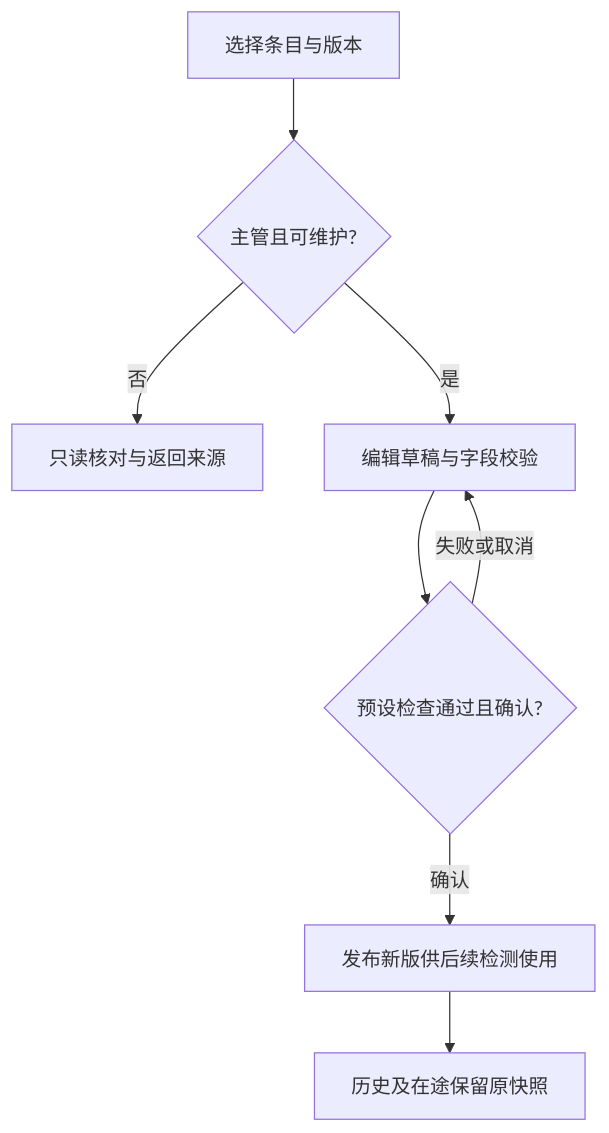
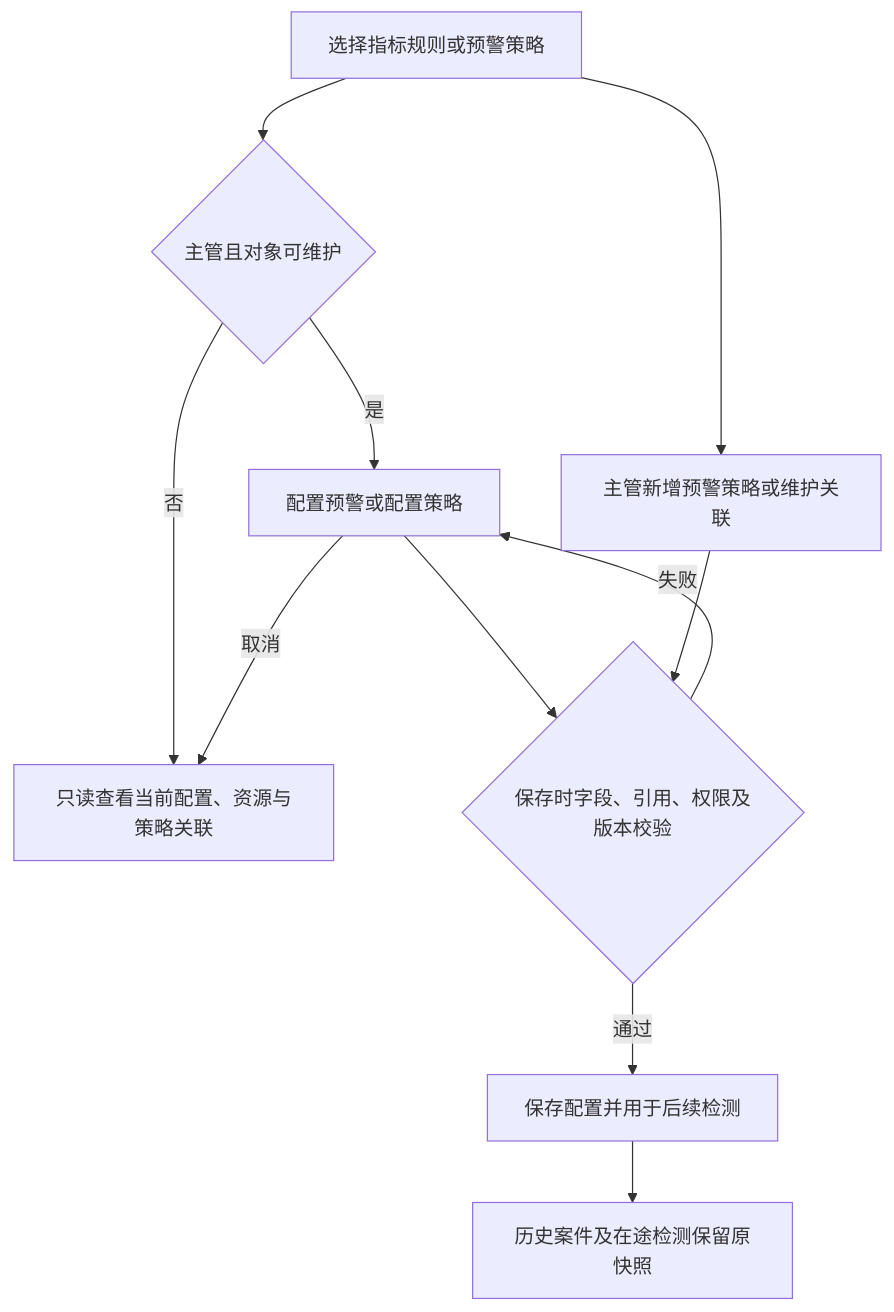
Before and after one commit to h-pl/bank-voice-qc-mvp-p0: the diagram in docs/reviews/页面流程/rules.mmd, drawn with Mermaid. The commit also changed 253 other files, not shown here.

```diff
--- a/docs/reviews/页面流程/rules.mmd
+++ b/docs/reviews/页面流程/rules.mmd
@@ -1,8 +1,12 @@
+%% 当前6001流程，2026-09-23；历史版本见 archive/流程图-20260923复核前
 flowchart TD
- A[选择条目与版本] --> B{主管且可维护?}
- B -->|否| R[只读核对与返回来源]
- B -->|是| C[编辑草稿与字段校验]
- C --> D{预设检查通过且确认?}
- D -->|失败或取消| C
- D -->|确认| E[发布新版供后续检测使用]
- E --> F[历史及在途保留原快照]
+ A[选择指标规则或预警策略] --> B{主管且对象可维护}
+ B -->|否| C[只读查看当前配置、资源与策略关联]
+ B -->|是| D[配置预警或配置策略]
+ D --> E{保存时字段、引用、权限及版本校验}
+ E -->|失败| D
+ E -->|通过| F[保存配置并用于后续检测]
+ F --> G[历史案件及在途检测保留原快照]
+ D -->|取消| C
+ A --> H[主管新增预警策略或维护关联]
+ H --> E
```
